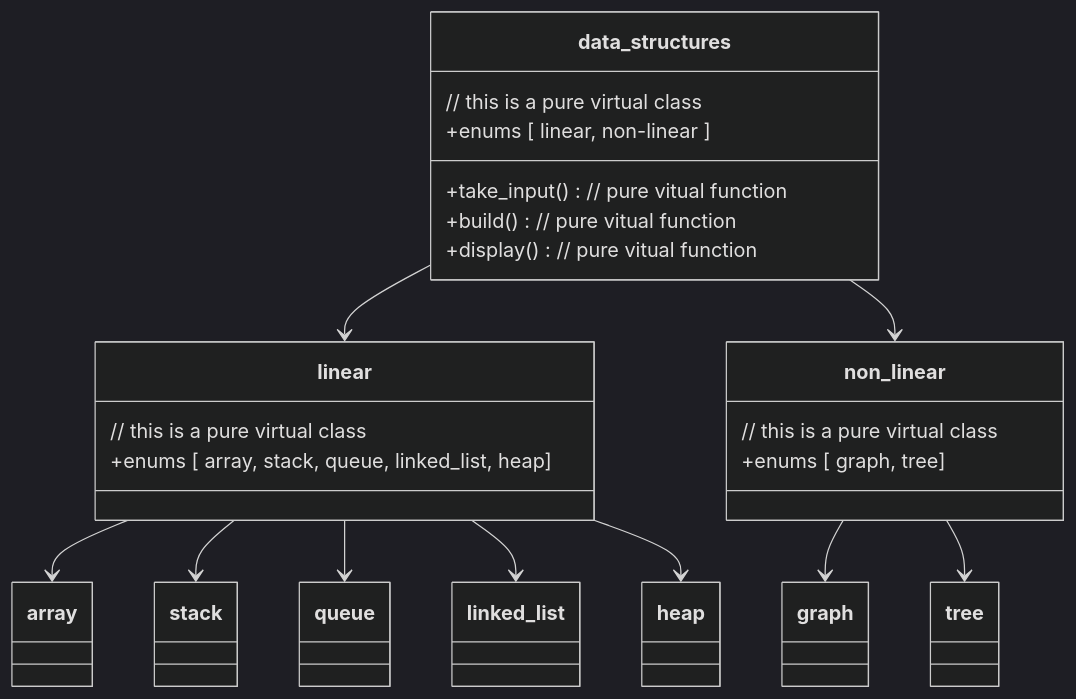
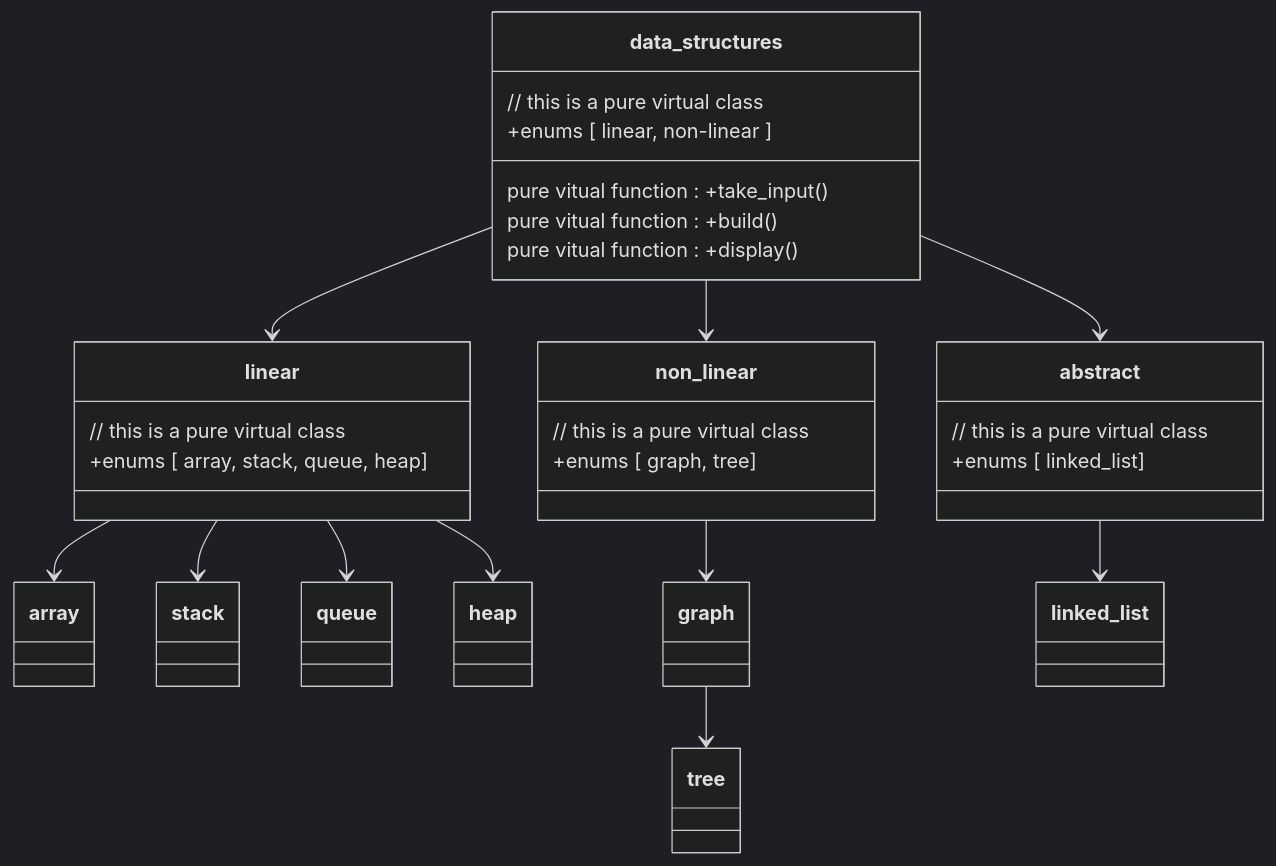
One commit to AveAng02/project-vizualization changed the diagram in README.md. Above: the diagram before and after it, drawn with Mermaid (dark theme).

````diff
--- a/README.md
+++ b/README.md
@@ -9,39 +9,50 @@
 ```mermaid
 
   classDiagram
 
     data_structures --> linear
     data_structures --> non_linear
+    data_structures --> abstract
 
     linear --> array
     linear --> stack
     linear --> queue
-    linear --> linked_list
     linear --> heap
 
     non_linear --> graph
-    non_linear --> tree
+    graph --> tree
+    
+    abstract --> linked_list
 
 class data_structures{
     // this is a pure virtual class
     +enums [ linear, non-linear ]
-    +take_input() // pure vitual function
-    +build()      // pure vitual function
-    +display()    // pure vitual function
+    
+    
+    pure vitual function : +take_input() 
+    pure vitual function : +build() 
+    pure vitual function : +display()    
   }
   
 class linear{
 // this is a pure virtual class
-+enums [ array, stack, queue, linked_list, heap]
++enums [ array, stack, queue, heap]
 
 }
 
 class non_linear{
 // this is a pure virtual class
 +enums [ graph, tree]
 
 }
 
+class abstract{
+// this is a pure virtual class
++enums [ linked_list]
+
+}
+
+
 
 
 ```
````
